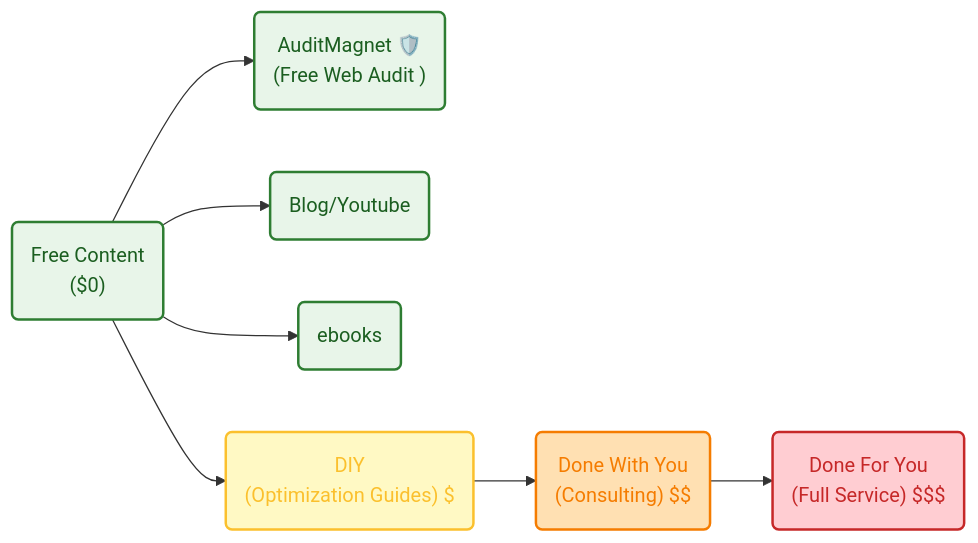
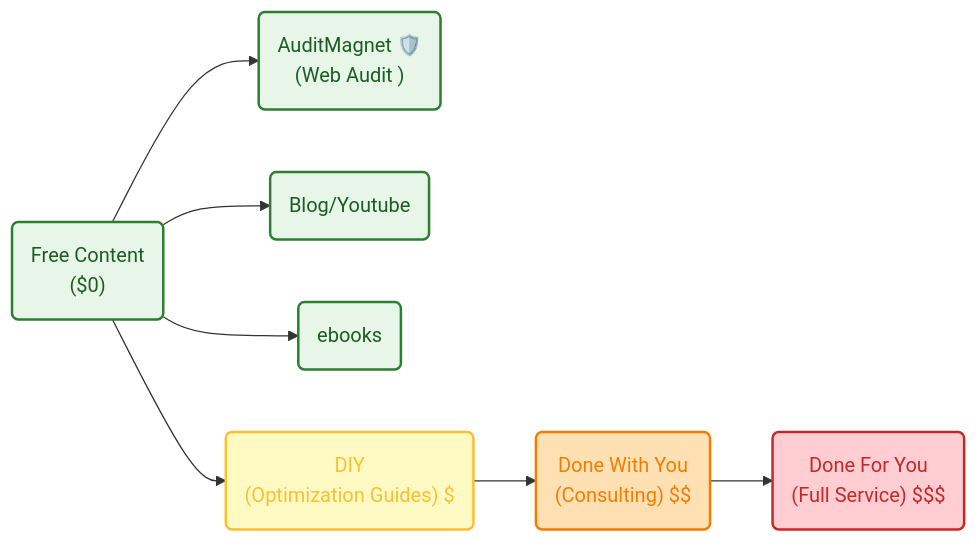
One commit to JAlcocerT/JAlcocerT changed the diagram in content/blog/z-ideas-left.md. Above: the diagram before and after it, drawn with Mermaid. The commit also changed other lines of this file and 4 other files, not shown here.

````diff
--- a/content/blog/z-ideas-left.md
+++ b/content/blog/z-ideas-left.md
@@ -59,25 +72,25 @@
 ```mermaid
 flowchart LR
     %% --- Styles ---
     classDef free fill:#E8F5E9,stroke:#2E7D32,stroke-width:2px,color:#1B5E20;
     classDef low fill:#FFF9C4,stroke:#FBC02D,stroke-width:2px,color:#FBC02D;
     classDef mid fill:#FFE0B2,stroke:#F57C00,stroke-width:2px,color:#F57C00;
     classDef high fill:#FFCDD2,stroke:#C62828,stroke-width:2px,color:#C62828;
 
     %% --- Nodes ---
     L0("Free Content<br/>($0)"):::free
-    L1("AuditMagnet 🛡️<br/>(Free Web Audit )"):::free
+    L1("AuditMagnet 🛡️<br/>(Web Audit )"):::free
     L11(" Blog/Youtube"):::free
     L12(" ebooks"):::free
     L2("DIY<br/>(Optimization Guides) $"):::low
     L3("Done With You<br/>(Consulting) $$"):::mid
     L4("Done For You<br/>(Full Service) $$$"):::high
 
     %% --- Connections ---
     L0 --> L1
     L0 --> L2
     L0 --> L11
     L0 --> L12
     L2 --> L3
     L3 --> L4
 ```
````
